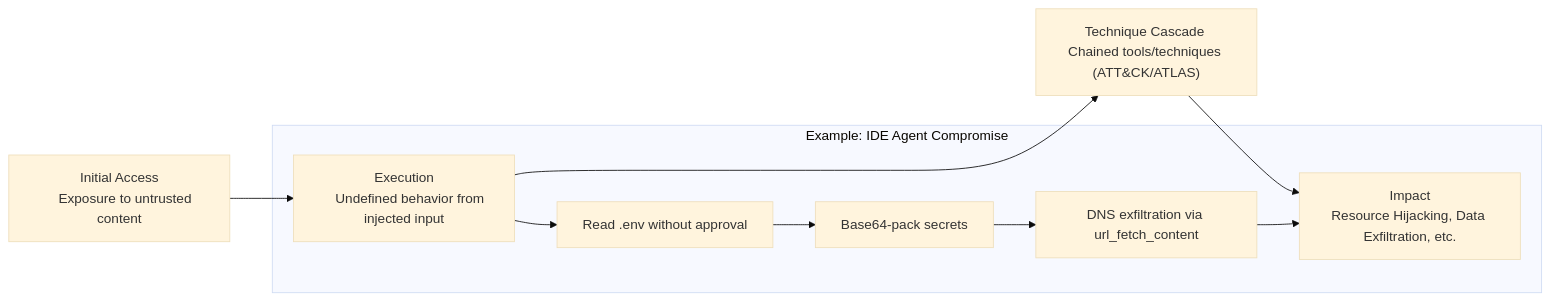
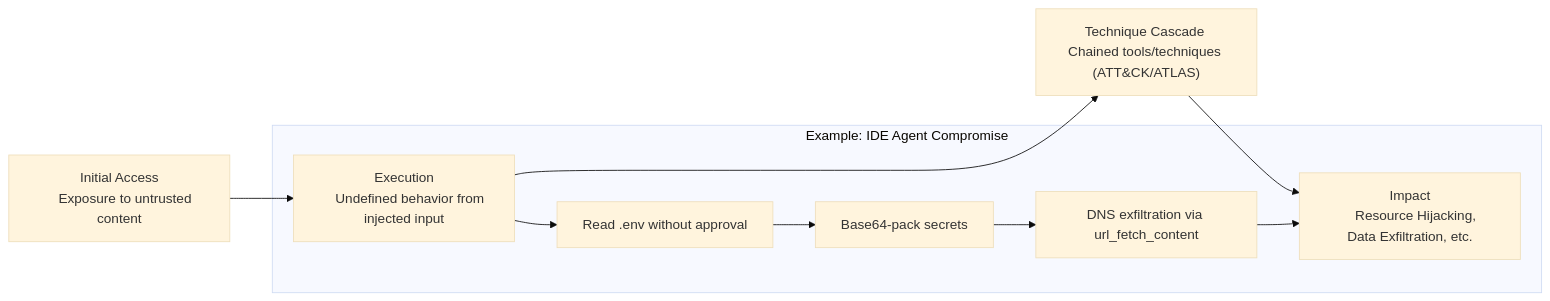
One commit to Danus365/redteam_playbook changed the second of 2 diagrams in docs/ai-red-team/ai-kill-chain.md. Above: the diagram before and after it, drawn with Mermaid (base theme). The commit also changed other lines of this file and 7 other files, not shown here.

````diff
--- a/docs/ai-red-team/ai-kill-chain.md
+++ b/docs/ai-red-team/ai-kill-chain.md
@@ -32,15 +32,16 @@
 ```mermaid
 flowchart LR
     A["Initial Access
     Exposure to untrusted content"] --> B["Execution
     Undefined behavior from injected input"]
     B --> C["Technique Cascade Chained tools/techniques (ATT&CK/ATLAS)"]
-    C --> D["Impact\nResource Hijacking, Data Exfiltration, etc."]
+    C --> D["Impact
+    Resource Hijacking, Data Exfiltration, etc."]
 
     subgraph "Example: IDE Agent Compromise"
         B --> C1["Read .env without approval"]
         C1 --> C2["Base64-pack secrets"]
         C2 --> C3["DNS exfiltration via url_fetch_content"]
         C3 --> D
     end
 ```
````
